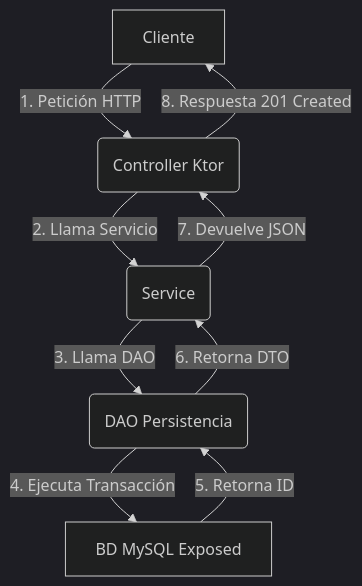
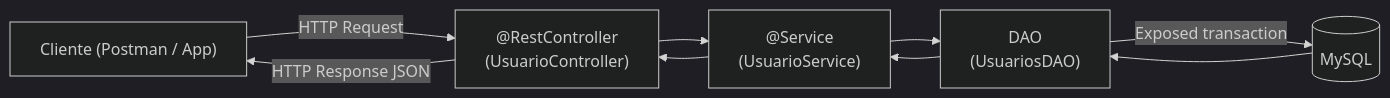
The diagram in docs/unidades/ud05/introduccion.md (JMAbadLopez/acceso_datos), drawn with Mermaid (dark theme) before and after one commit. The commit also changed other lines of this file and 6 other files, not shown here.

````diff
--- a/docs/unidades/ud05/introduccion.md
+++ b/docs/unidades/ud05/introduccion.md
@@ -73,11 +44,17 @@
 ```mermaid
-graph TD
-    A[Cliente] -->|1. Petición HTTP| B(Controller Ktor);
-    B -->|2. Llama Servicio| C(Service);
-    C -->|3. Llama DAO| D(DAO Persistencia);
-    D -->|4. Ejecuta Transacción| E[BD MySQL Exposed];
-    E -->|5. Retorna ID| D;
-    D -->|6. Retorna DTO| C;
-    C -->|7. Devuelve JSON| B;
-    B -->|8. Respuesta 201 Created| A;
+graph LR
+    Cliente["Cliente (Postman / App)"]
+    C["@RestController\n(UsuarioController)"]
+    S["@Service\n(UsuarioService)"]
+    D["DAO\n(UsuariosDAO)"]
+    DB[("MySQL")]
+
+    Cliente -->|HTTP Request| C
+    C --> S
+    S --> D
+    D -->|Exposed transaction| DB
+    DB --> D
+    D --> S
+    S --> C
+    C -->|HTTP Response JSON| Cliente
 ```
````
